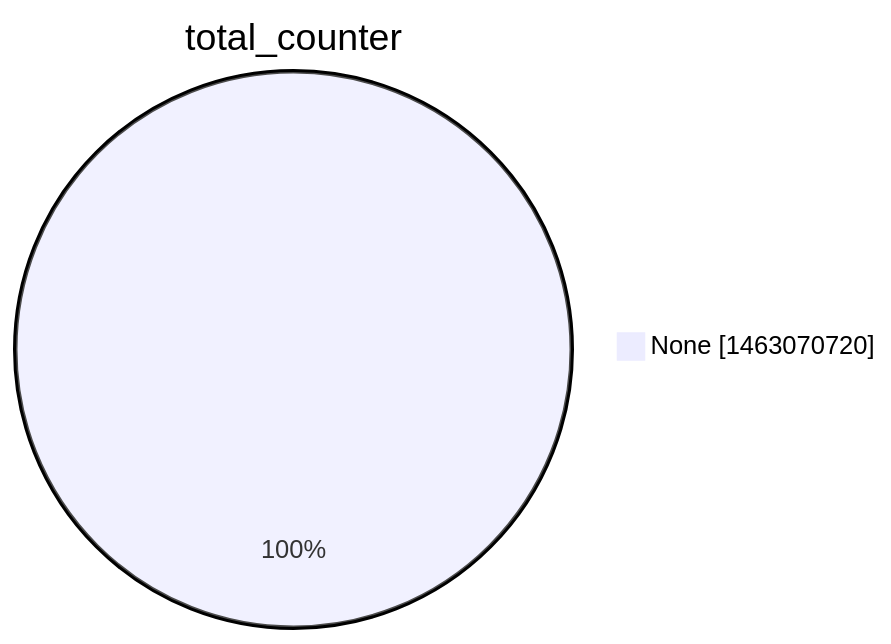
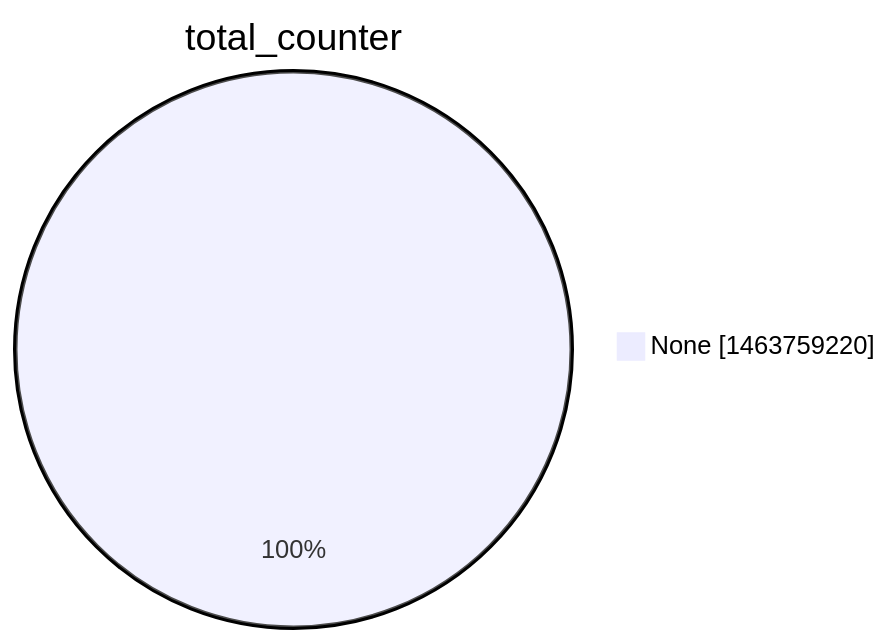
One commit to christiankrug/ctmonitor_visualization changed the second of 15 diagrams in argon2022/README.md. Above: the diagram before and after it, drawn with Mermaid. The commit also changed other lines of this file, not shown here.

````diff
--- a/argon2022/README.md
+++ b/argon2022/README.md
@@ -9,5 +9,5 @@
 ```mermaid
 pie showData
 title total_counter
-"None" :1463070720
+"None" :1463759220
 ```
````
